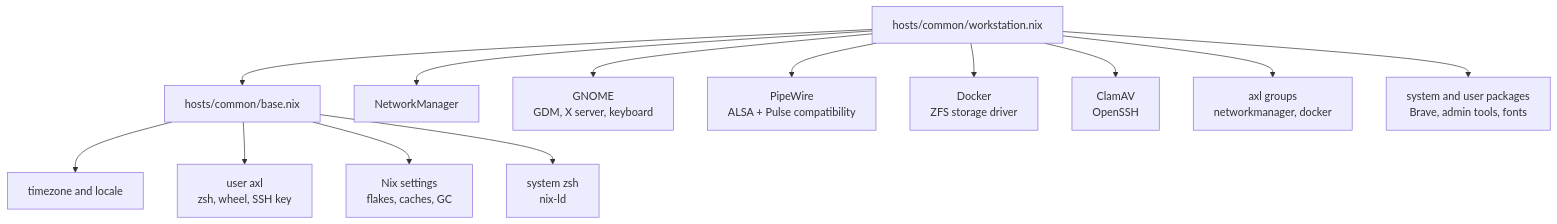
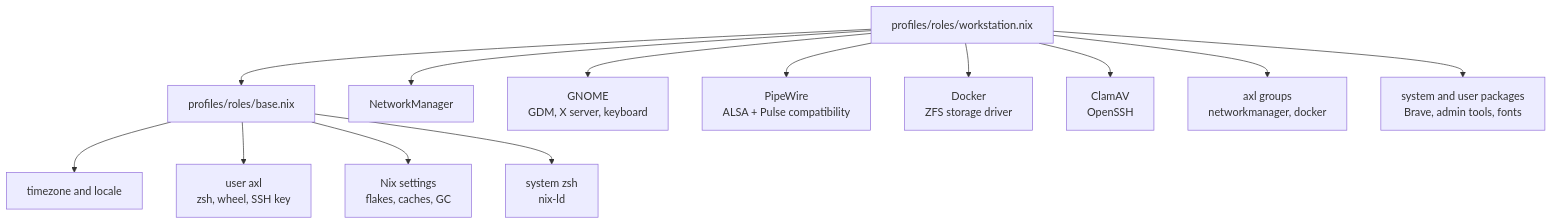
One commit to axler8r/nixotic changed the fifth of 8 diagrams in docs/workstation-configuration-route.md. Above: the diagram before and after it, drawn with Mermaid. The commit also changed other lines of this file and 5 other files, not shown here.

````diff
--- a/docs/workstation-configuration-route.md
+++ b/docs/workstation-configuration-route.md
@@ -227,32 +242,32 @@
 ```mermaid
 flowchart TD
-    Workstation["hosts/common/workstation.nix"]
-    Base["hosts/common/base.nix"]
+    Workstation["profiles/roles/workstation.nix"]
+    Base["profiles/roles/base.nix"]
 
     Network["NetworkManager"]
     Desktop["GNOME\nGDM, X server, keyboard"]
     Audio["PipeWire\nALSA + Pulse compatibility"]
     Docker["Docker\nZFS storage driver"]
     Security["ClamAV\nOpenSSH"]
     UserGroups["axl groups\nnetworkmanager, docker"]
     Packages["system and user packages\nBrave, admin tools, fonts"]
 
     Locale["timezone and locale"]
     User["user axl\nzsh, wheel, SSH key"]
     Nix["Nix settings\nflakes, caches, GC"]
     Shell["system zsh\nnix-ld"]
 
     Workstation --> Base
     Workstation --> Network
     Workstation --> Desktop
     Workstation --> Audio
     Workstation --> Docker
     Workstation --> Security
     Workstation --> UserGroups
     Workstation --> Packages
 
     Base --> Locale
     Base --> User
     Base --> Nix
     Base --> Shell
 ```
````
